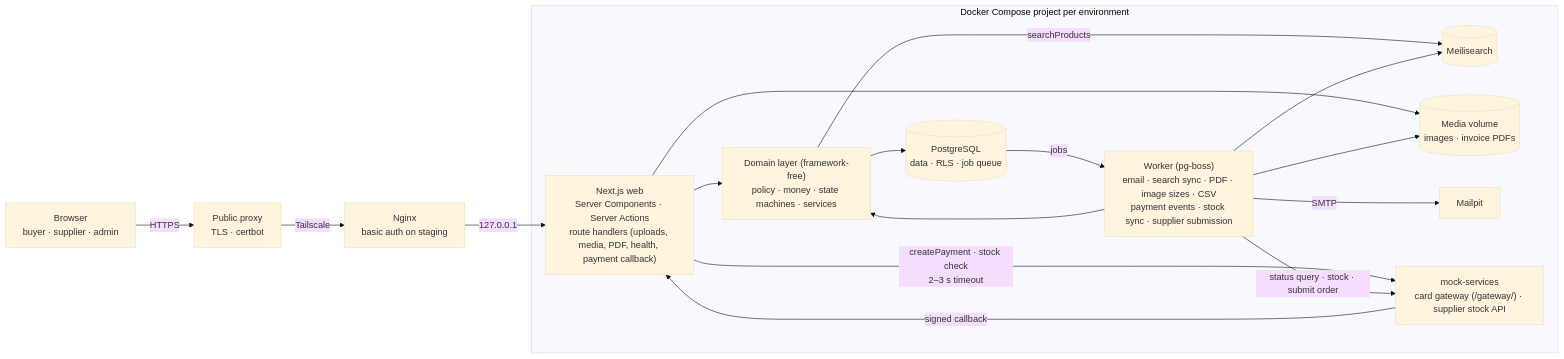
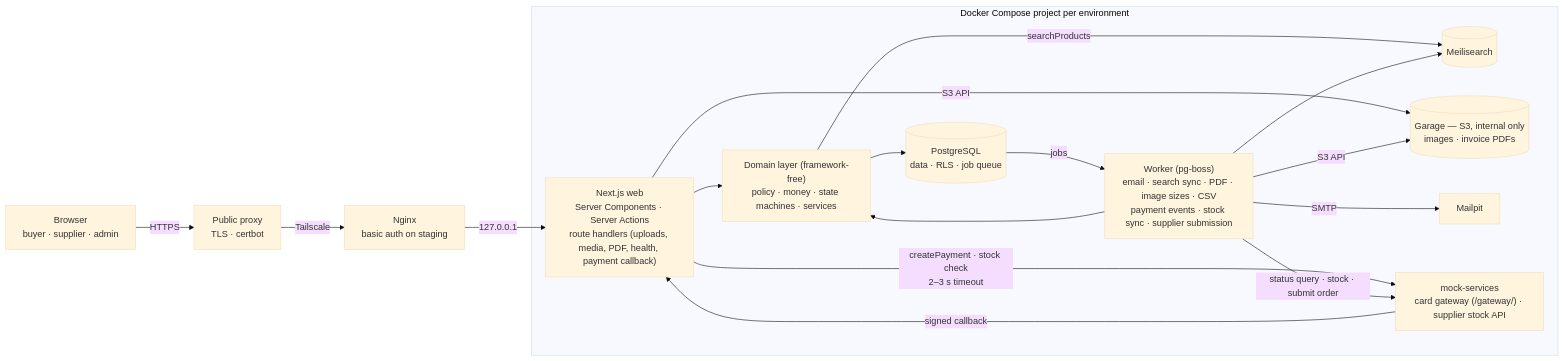
Before and after one commit to horeca-ai-dev/horeca-marketplace: the first of 2 diagrams in README.md, drawn with Mermaid (base theme). The commit also changed other lines of this file and 3 other files, not shown here.

````diff
--- a/README.md
+++ b/README.md
@@ -68,22 +68,22 @@
 ```mermaid
 flowchart LR
   U[Browser<br/>buyer · supplier · admin] -->|HTTPS| PX[Public proxy<br/>TLS · certbot]
   PX -->|Tailscale| NG[Nginx<br/>basic auth on staging]
   NG -->|127.0.0.1| WEB
   subgraph APP[Docker Compose project per environment]
     WEB["Next.js web<br/>Server Components · Server Actions<br/>route handlers (uploads, media, PDF, health, payment callback)"]
     WEB --> DOM["Domain layer (framework-free)<br/>policy · money · state machines · services"]
     WRK["Worker (pg-boss)<br/>email · search sync · PDF · image sizes · CSV<br/>payment events · stock sync · supplier submission"] --> DOM
     DOM --> PG[(PostgreSQL<br/>data · RLS · job queue)]
     PG -->|jobs| WRK
     DOM -->|searchProducts| MS[(Meilisearch)]
     WRK --> MS
-    WEB --> MV[(Media volume<br/>images · invoice PDFs)]
-    WRK --> MV
+    WEB -->|S3 API| MV[(Garage — S3, internal only<br/>images · invoice PDFs)]
+    WRK -->|S3 API| MV
     WRK -->|SMTP| MAIL[Mailpit]
     MOCK["mock-services<br/>card gateway (/gateway/) · supplier stock API"]
     WEB -->|createPayment · stock check<br/>2–3 s timeout| MOCK
     MOCK -->|signed callback| WEB
     WRK -->|status query · stock · submit order| MOCK
   end
 ```
````
